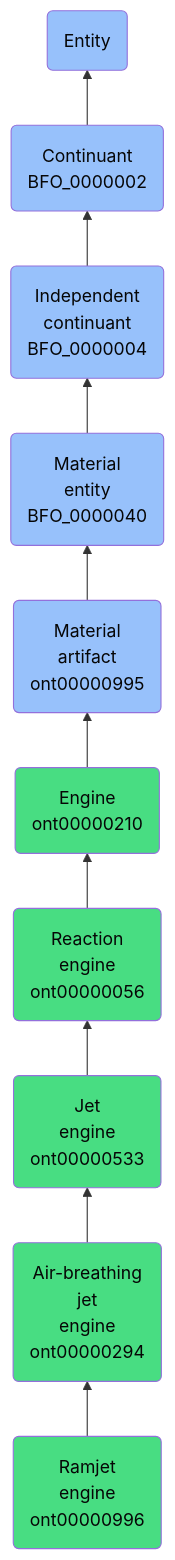
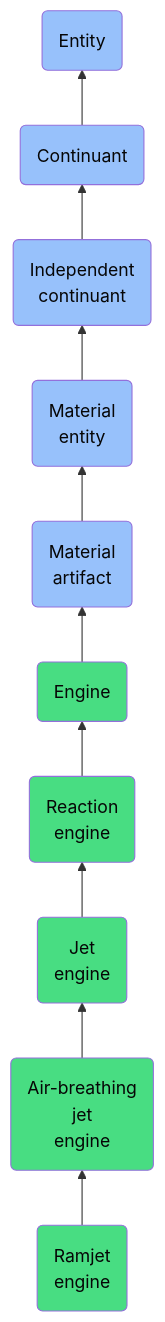
Before and after one commit to jupyter-naas/abi: the diagram in docs/ontology/reference/model/Entity/Continuant/Independent continuant/Material entity/Material artifact/Engine/Reaction engine/Jet engine/Air-breathing jet engine/Ramjet engine/Ramjet engine.md, drawn with Mermaid. The commit also changed other lines of this file and 1430 other files, not shown here.

````diff
--- a/docs/ontology/reference/model/Entity/Continuant/Independent continuant/Material entity/Material artifact/Engine/Reaction engine/Jet engine/Air-breathing jet engine/Ramjet engine/Ramjet engine.md
+++ b/docs/ontology/reference/model/Entity/Continuant/Independent continuant/Material entity/Material artifact/Engine/Reaction engine/Jet engine/Air-breathing jet engine/Ramjet engine/Ramjet engine.md
@@ -24,17 +24,17 @@
 ```mermaid
 graph BT
-    ont00000996(Ramjet<br>engine<br>ont00000996):::ABI-->ont00000294
-    ont00000294(Air-breathing<br>jet<br>engine<br>ont00000294):::ABI-->ont00000533
-    ont00000533(Jet<br>engine<br>ont00000533):::ABI-->ont00000056
-    ont00000056(Reaction<br>engine<br>ont00000056):::ABI-->ont00000210
-    ont00000210(Engine<br>ont00000210):::ABI-->ont00000995
-    ont00000995(Material<br>artifact<br>ont00000995):::BFO-->BFO_0000040
-    BFO_0000040(Material<br>entity<br>BFO_0000040):::BFO-->BFO_0000004
-    BFO_0000004(Independent<br>continuant<br>BFO_0000004):::BFO-->BFO_0000002
-    BFO_0000002(Continuant<br>BFO_0000002):::BFO-->BFO_0000001
+    ont00000996(Ramjet<br>engine):::ABI-->ont00000294
+    ont00000294(Air-breathing<br>jet<br>engine):::ABI-->ont00000533
+    ont00000533(Jet<br>engine):::ABI-->ont00000056
+    ont00000056(Reaction<br>engine):::ABI-->ont00000210
+    ont00000210(Engine):::ABI-->ont00000995
+    ont00000995(Material<br>artifact):::BFO-->BFO_0000040
+    BFO_0000040(Material<br>entity):::BFO-->BFO_0000004
+    BFO_0000004(Independent<br>continuant):::BFO-->BFO_0000002
+    BFO_0000002(Continuant):::BFO-->BFO_0000001
     BFO_0000001(Entity):::BFO
     
     classDef BFO fill:#97c1fb,color:#060606
     classDef CCO fill:#e4c51e,color:#060606
     classDef ABI fill:#48DD82,color:#060606
 ```
````
